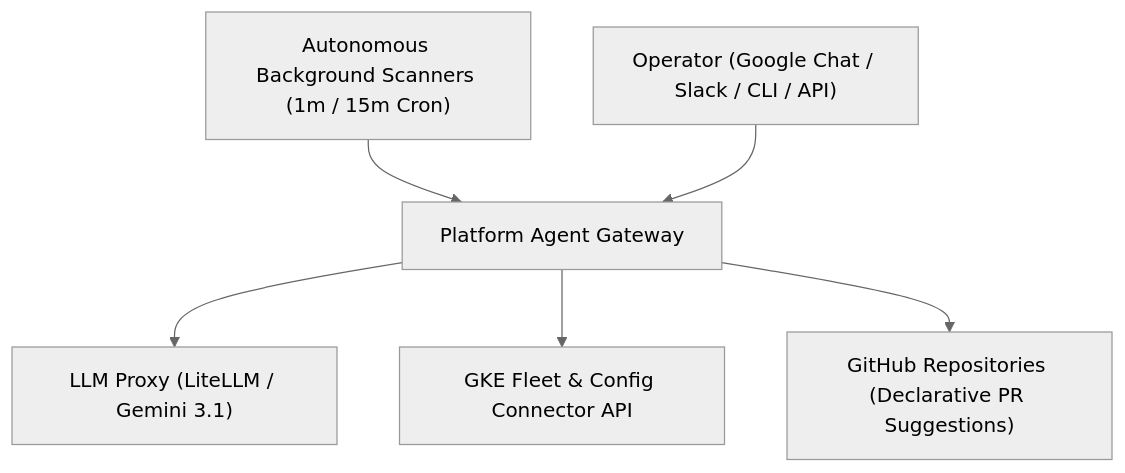
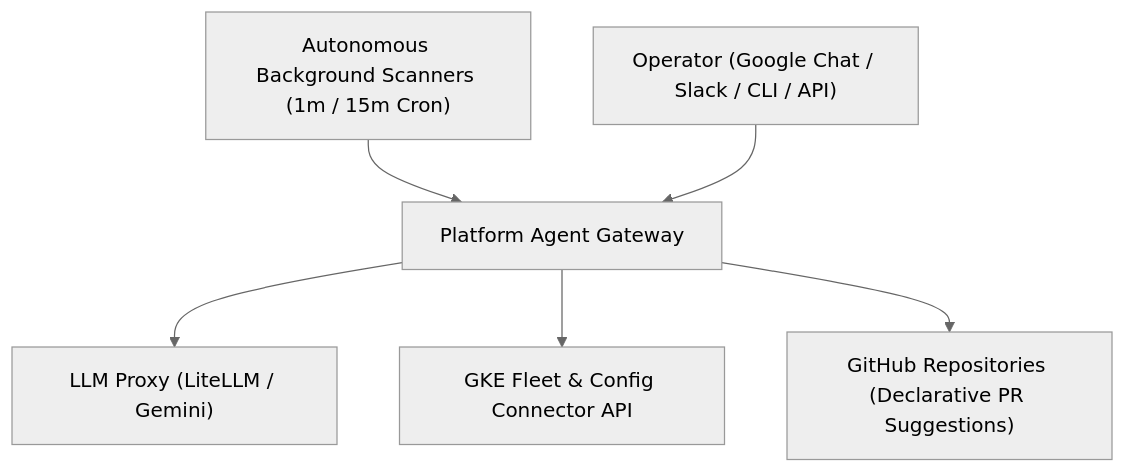
One commit to gke-labs/kube-agents changed the diagram in README.md. Above: the diagram before and after it, drawn with Mermaid (neutral theme).

Commit message:
docs: refine LLM Proxy label in architecture diagram

````diff
--- a/README.md
+++ b/README.md
@@ -11,8 +11,8 @@
 ```mermaid
 graph TD
     Cron["Autonomous Background Scanners (1m / 15m Cron)"] --> Gateway["Platform Agent Gateway"]
     User["Operator (Google Chat / Slack / CLI / API)"] --> Gateway
-    Gateway --> LLM["LLM Proxy (LiteLLM / Gemini 3.1)"]
+    Gateway --> LLM["LLM Proxy (LiteLLM / Gemini)"]
     Gateway --> GKE["GKE Fleet & Config Connector API"]
     Gateway --> GitOps["GitHub Repositories (Declarative PR Suggestions)"]
 ```
````
